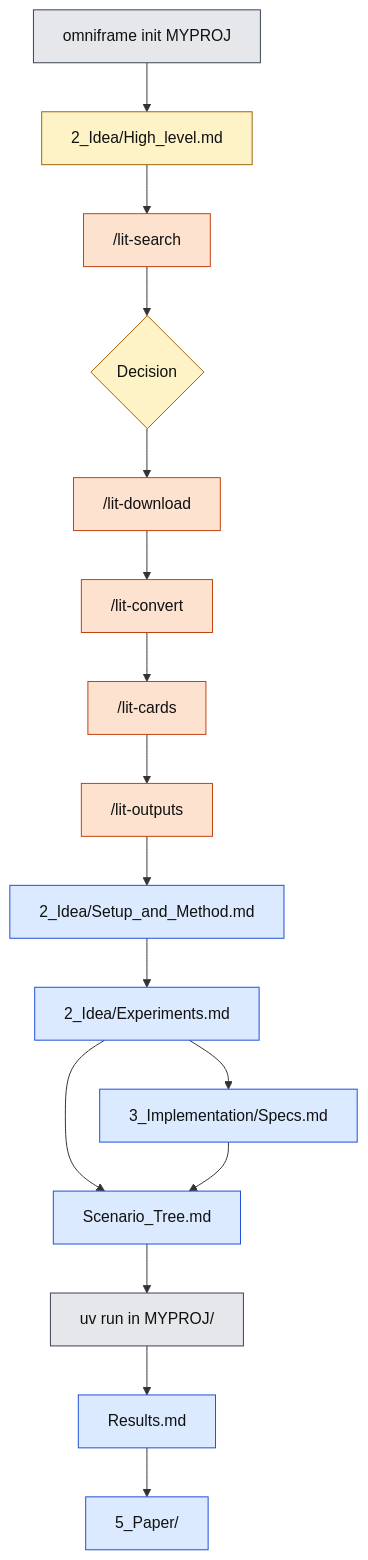
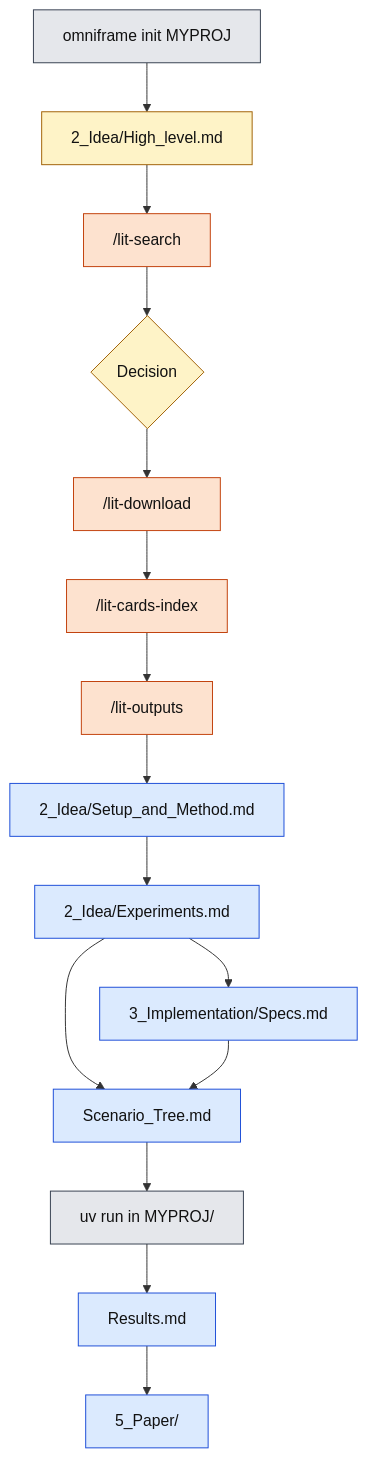
Before and after one commit to LeonardoSani/OmniFrame: the first of 3 diagrams in GUIDE.md, drawn with Mermaid. The commit also changed other lines of this file and 11 other files, not shown here.

Commit message:
Literature: download converts and takes links, unmarked proposals kept in Later, /lit-cards-index, shorter Guide

````diff
--- a/GUIDE.md
+++ b/GUIDE.md
@@ -24,29 +24,28 @@
 ```mermaid
 flowchart TD
   classDef shell fill:#e5e7eb,stroke:#374151,color:#111
   classDef claude fill:#fde2cf,stroke:#c2410c,color:#111
   classDef chat fill:#dbeafe,stroke:#1d4ed8,color:#111
   classDef you fill:#fef3c7,stroke:#a16207,color:#111
 
   init["omniframe init MYPROJ"]:::shell
   hl["2_Idea/High_level.md"]:::you
   se["/lit-search"]:::claude
   dec{"Decision"}:::you
   dl["/lit-download"]:::claude
-  cv["/lit-convert"]:::claude
-  ca["/lit-cards"]:::claude
+  ca["/lit-cards-index"]:::claude
   ou["/lit-outputs"]:::claude
   me["2_Idea/Setup_and_Method.md"]:::chat
   ex["2_Idea/Experiments.md"]:::chat
   spec["3_Implementation/Specs.md"]:::chat
   tree["Scenario_Tree.md"]:::chat
   run["uv run in MYPROJ/"]:::shell
   res["Results.md"]:::chat
   paper["5_Paper/"]:::chat
 
-  init --> hl --> se --> dec --> dl --> cv --> ca --> ou --> me --> ex
+  init --> hl --> se --> dec --> dl --> ca --> ou --> me --> ex
   ex --> spec
   ex --> tree
   spec --> tree
   tree --> run --> res --> paper
 ```
````
